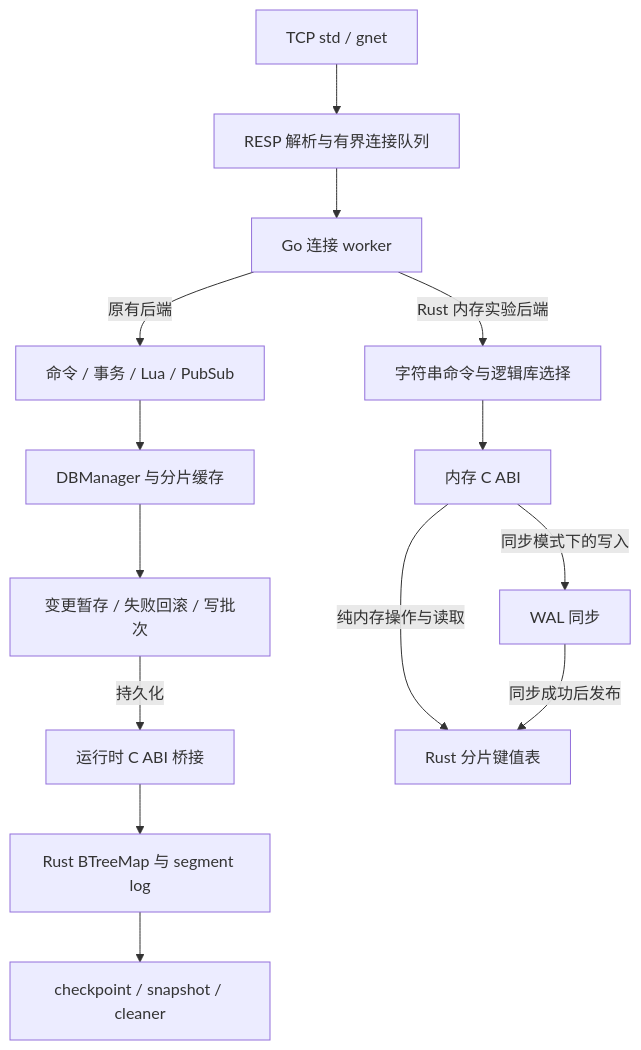
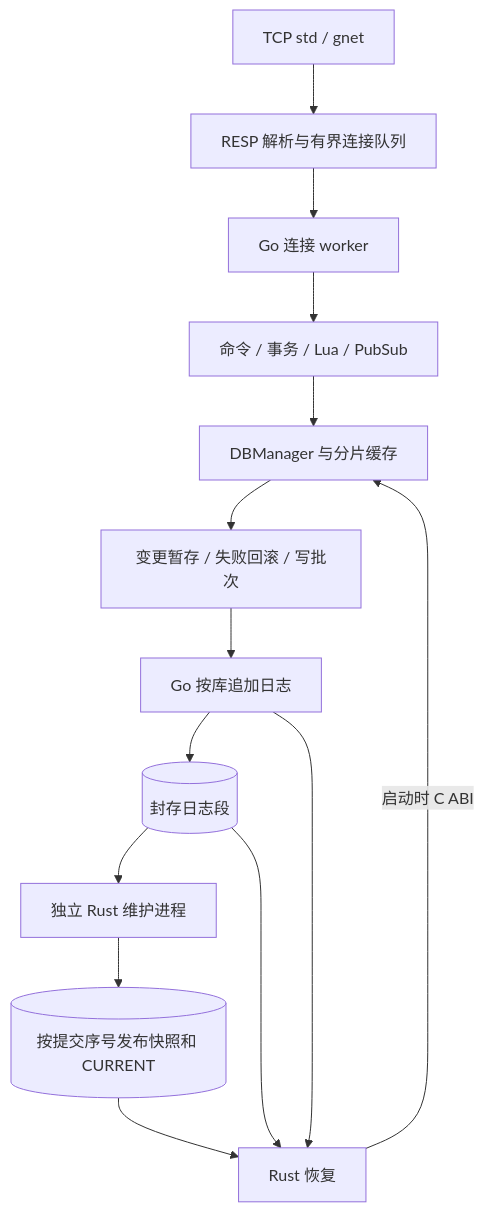
The diagram in README.md (TZJ-BYTE/Kerniva-Engine), drawn with Mermaid before and after one commit. The commit also changed other lines of this file and 16 other files, not shown here.

```diff
--- a/README.md
+++ b/README.md
@@ -140,16 +96,16 @@
 ~~~mermaid
 flowchart TD
     A[TCP std / gnet] --> B[RESP 解析与有界连接队列]
     B --> C[Go 连接 worker]
-    C -->|原有后端| D[命令 / 事务 / Lua / PubSub]
+    C --> D[命令 / 事务 / Lua / PubSub]
     D --> E[DBManager 与分片缓存]
     E --> F[变更暂存 / 失败回滚 / 写批次]
-    F -->|持久化| G[运行时 C ABI 桥接]
-    G --> H[Rust BTreeMap 与 segment log]
-    H --> I[checkpoint / snapshot / cleaner]
-    C -->|Rust 内存实验后端| J[字符串命令与逻辑库选择]
-    J --> K[内存 C ABI]
-    K -->|纯内存操作与读取| L[Rust 分片键值表]
-    K -->|同步模式下的写入| M[WAL 同步]
-    M -->|同步成功后发布| L
+    F --> G[Go 按库追加日志]
+    G --> H[(封存日志段)]
+    H --> I[独立 Rust 维护进程]
+    I --> J[(按提交序号发布快照和 CURRENT)]
+    H --> K[Rust 恢复]
+    G --> K
+    J --> K
+    K -->|启动时 C ABI| E
 ~~~
```
